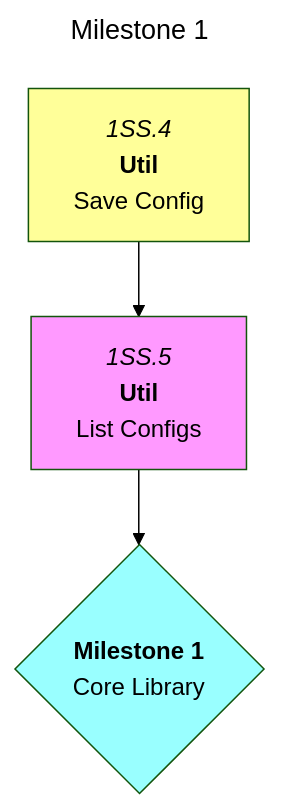
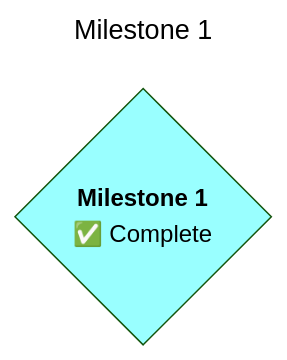
Before and after one commit to foundersandcoders/iris: the first of 6 diagrams in docs/roadmaps/mvp.md, drawn with Mermaid (forest theme). The commit also changed other lines of this file, not shown here.

Commit message:
docs: update roadmap

````diff
--- a/docs/roadmaps/mvp.md
+++ b/docs/roadmaps/mvp.md
@@ -46,15 +46,12 @@
 ```mermaid
 ---
 title: Milestone 1
 ---
 graph TD
 
-1SS.4["`*1SS.4*<br/>**Util**<br/>Save Config`"]:::open --> 1SS.5
-1SS.5["`*1SS.5*<br/>**Util**<br/>List Configs`"] --> m1
-
-m1{"`**Milestone 1**<br/>Core Library`"}:::mile
+m1{"`**Milestone 1**<br/>✅ Complete`"}:::mile
 
 classDef default,blocked fill:#f9f;
 classDef open fill:#ff9;
 classDef mile fill:#9ff;
 ```
````
